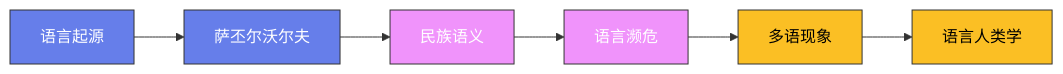
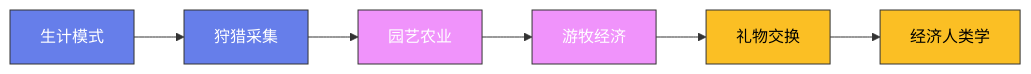
Before and after one commit to Fengur/Fengur.github.io: the diagram in content/posts/ModelCreate/人类学/07-经济人类学.md, drawn with Mermaid. The commit also changed other lines of this file and 118 other files, not shown here.

````diff
--- a/content/posts/ModelCreate/人类学/07-经济人类学.md
+++ b/content/posts/ModelCreate/人类学/07-经济人类学.md
@@ -21,16 +20,16 @@
 ```mermaid
 graph LR
-    A["语言起源"] --> B["萨丕尔沃尔夫"]
-    B --> C["民族语义"]
-    C --> D["语言濒危"]
-    D --> E["多语现象"]
-    E --> F["语言人类学"]
+    A["生计模式"] --> B["狩猎采集"]
+    B --> C["园艺农业"]
+    C --> D["游牧经济"]
+    D --> E["礼物交换"]
+    E --> F["经济人类学"]
 
     classDef early fill:#667eea,stroke:#333,color:white
     classDef mid fill:#f093fb,stroke:#333,color:white
     classDef modern fill:#fbbf24,stroke:#333,color:black
 
     class A,B early
     class C,D mid
     class E,F modern
 ```
````
